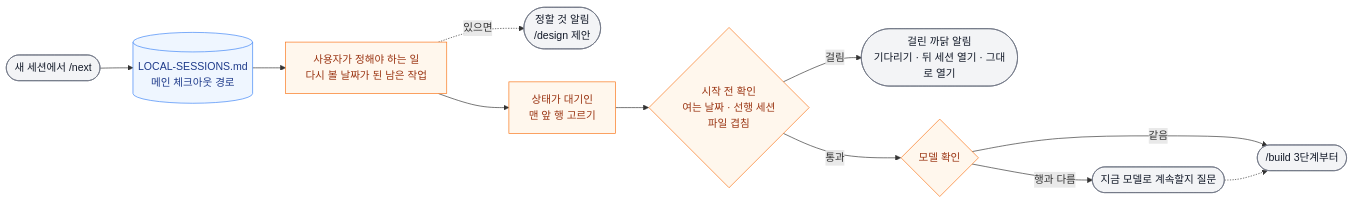
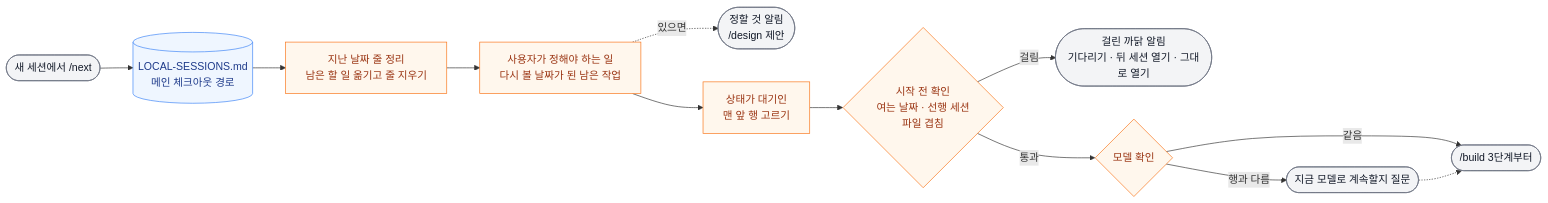
The third of 6 diagrams in workflow/skills-overview.md (hyewon3938/build-with-ai), drawn with Mermaid before and after one commit. The commit also changed 5 other files, not shown here.

````diff
--- a/workflow/skills-overview.md
+++ b/workflow/skills-overview.md
@@ -93,21 +93,22 @@
 ```mermaid
 graph LR
     Q(["새 세션에서 /next"]) --> RD[("LOCAL-SESSIONS.md<br/>메인 체크아웃 경로")]
-    RD --> DU["사용자가 정해야 하는 일<br/>다시 볼 날짜가 된 남은 작업"]
+    RD --> PS["지난 날짜 줄 정리<br/>남은 할 일 옮기고 줄 지우기"]
+    PS --> DU["사용자가 정해야 하는 일<br/>다시 볼 날짜가 된 남은 작업"]
     DU -.있으면.-> DS(["정할 것 알림<br/>/design 제안"])
     DU --> PK["상태가 대기인<br/>맨 앞 행 고르기"]
     PK --> CK{"시작 전 확인<br/>여는 날짜 · 선행 세션<br/>파일 겹침"}
     CK -->|걸림| ASK(["걸린 까닭 알림<br/>기다리기 · 뒤 세션 열기 · 그대로 열기"])
     CK -->|통과| MD{"모델 확인"}
     MD -->|행과 다름| ASK2(["지금 모델로 계속할지 질문"])
     MD -->|같음| BD(["/build 3단계부터"])
     ASK2 -.-> BD
 
     classDef io fill:#f3f4f6,stroke:#6b7280,color:#111827
     classDef judge fill:#fff7ed,stroke:#f97316,color:#9a3412
     classDef private fill:#eff6ff,stroke:#3b82f6,color:#1e3a8a
 
     class Q,ASK,ASK2,BD,DS io
-    class DU,PK,CK,MD judge
+    class PS,DU,PK,CK,MD judge
     class RD private
 ```
````
